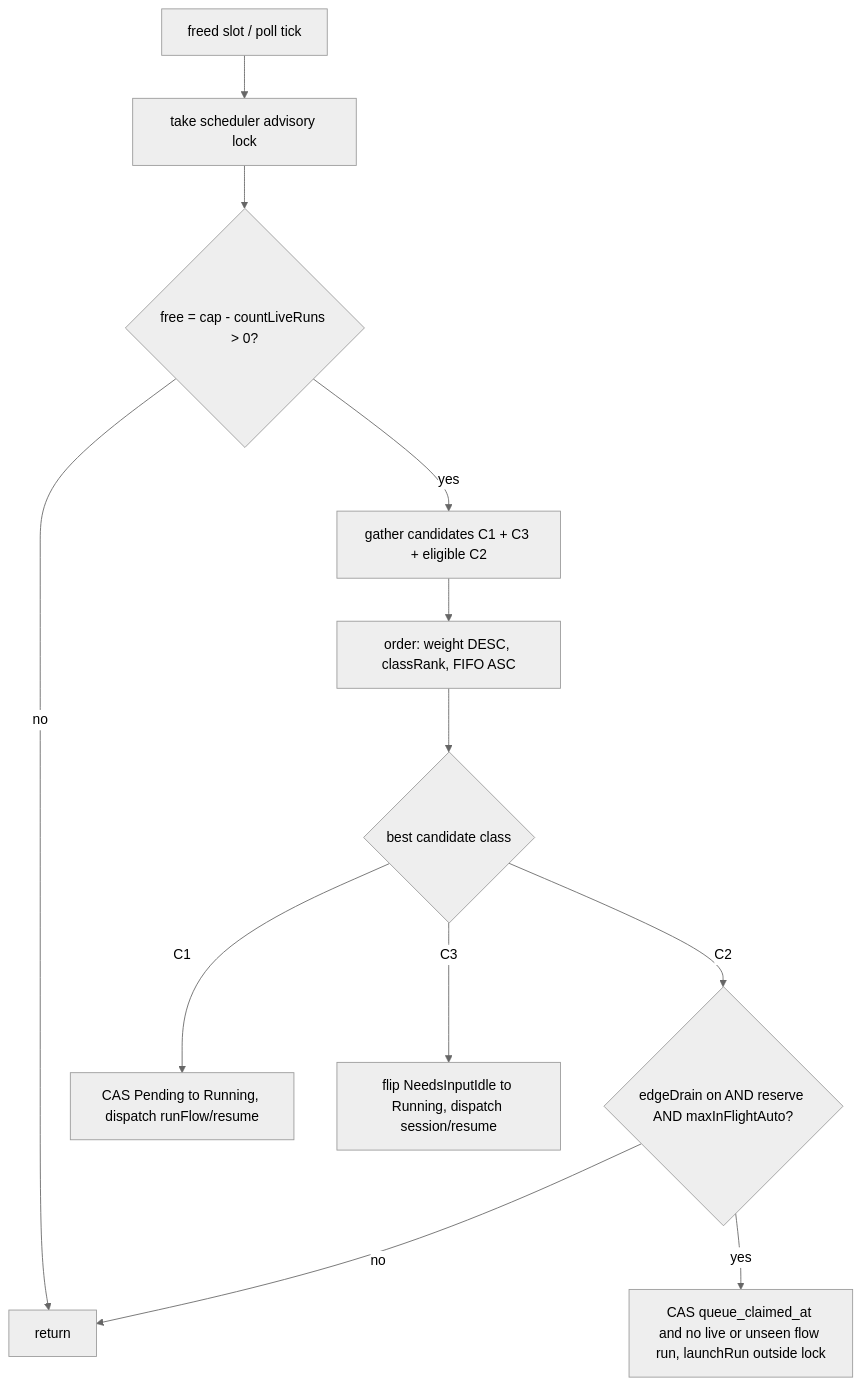
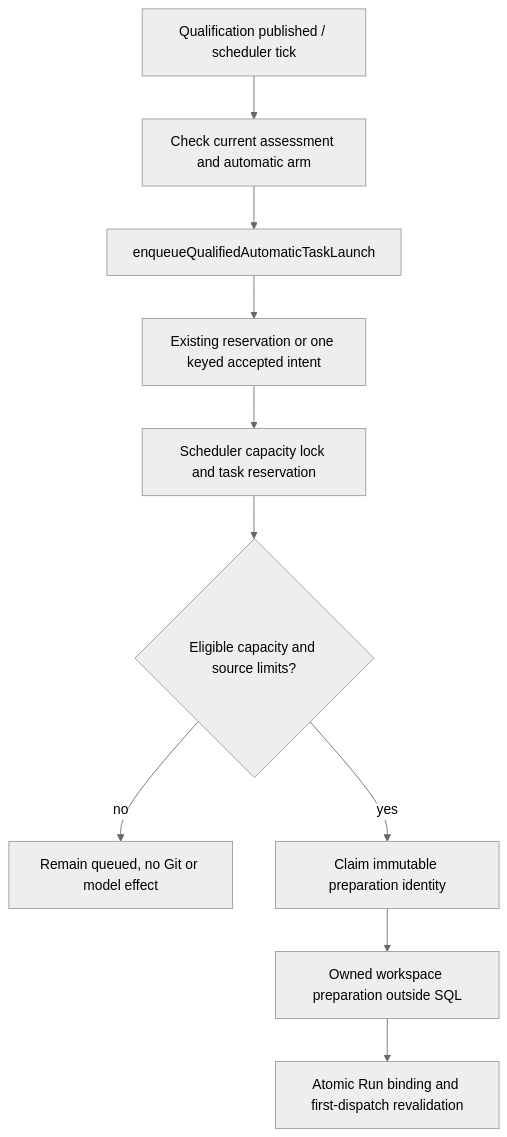
The second of 2 diagrams in docs/system-analytics/task-queue.md (maister-dev/maister), drawn with Mermaid (neutral theme) before and after one commit. The commit also changed other lines of this file and 32 other files, not shown here.

First line of the commit message:
docs: reconcile launch admission and preparation contracts

````diff
--- a/docs/system-analytics/task-queue.md
+++ b/docs/system-analytics/task-queue.md
@@ -79,14 +60,12 @@
 ```mermaid
 flowchart TD
-    A[freed slot / poll tick] --> B[take scheduler advisory lock]
-    B --> C{free = cap - countLiveRuns > 0?}
-    C -- no --> Z[return]
-    C -- yes --> D[gather candidates C1 + C3 + eligible C2]
-    D --> E[order: weight DESC, classRank, FIFO ASC]
-    E --> F{best candidate class}
-    F -- C1 --> G[CAS Pending to Running, dispatch runFlow/resume]
-    F -- C3 --> H[flip NeedsInputIdle to Running, dispatch session/resume]
-    F -- C2 --> I{edgeDrain on AND reserve AND maxInFlightAuto?}
-    I -- no --> Z
-    I -- yes --> J[CAS queue_claimed_at and no live or unseen flow run, launchRun outside lock]
+  A[Qualification published / scheduler tick] --> B[Check current assessment and automatic arm]
+  B --> C[enqueueQualifiedAutomaticTaskLaunch]
+  C --> D[Existing reservation or one keyed accepted intent]
+  D --> E[Scheduler capacity lock and task reservation]
+  E --> F{Eligible capacity and source limits?}
+  F -- no --> G[Remain queued, no Git or model effect]
+  F -- yes --> H[Claim immutable preparation identity]
+  H --> I[Owned workspace preparation outside SQL]
+  I --> J[Atomic Run binding and first-dispatch revalidation]
 ```
````
